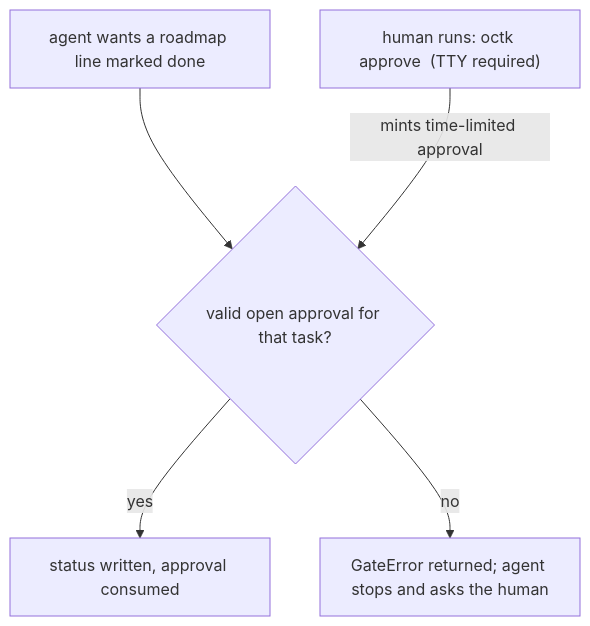
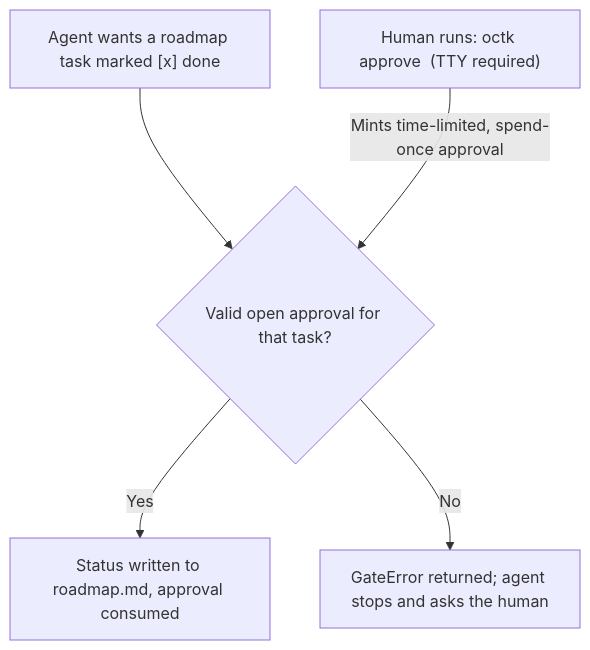
One commit to manaskumar1704/opencode-toolkit changed the second of 2 diagrams in README.md. Above: the diagram before and after it, drawn with Mermaid. The commit also changed other lines of this file, not shown here.

Commit message:
docs: adopt polished README with mermaid diagrams and verified metrics

````diff
--- a/README.md
+++ b/README.md
@@ -68,7 +128,7 @@
 ```mermaid
 flowchart TB
-  A["agent wants a roadmap line marked done"] --> G{"valid open approval for that task?"}
-  G -->|"yes"| W["status written, approval consumed"]
-  G -->|"no"| E["GateError returned; agent stops and asks the human"]
-  H["human runs: octk approve <task> (TTY required)"] -->|"mints time-limited approval"| G
+  A["Agent wants a roadmap task marked [x] done"] --> G{"Valid open approval for that task?"}
+  G -->|"Yes"| W["Status written to roadmap.md, approval consumed"]
+  G -->|"No"| E["GateError returned; agent stops and asks the human"]
+  H["Human runs: octk approve <task> (TTY required)"] -->|"Mints time-limited, spend-once approval"| G
 ```
````
